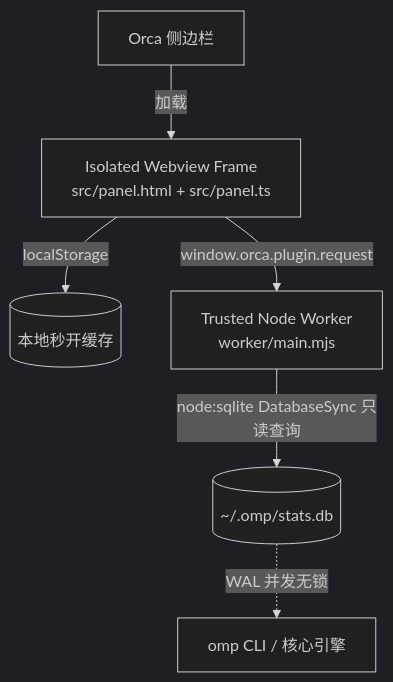
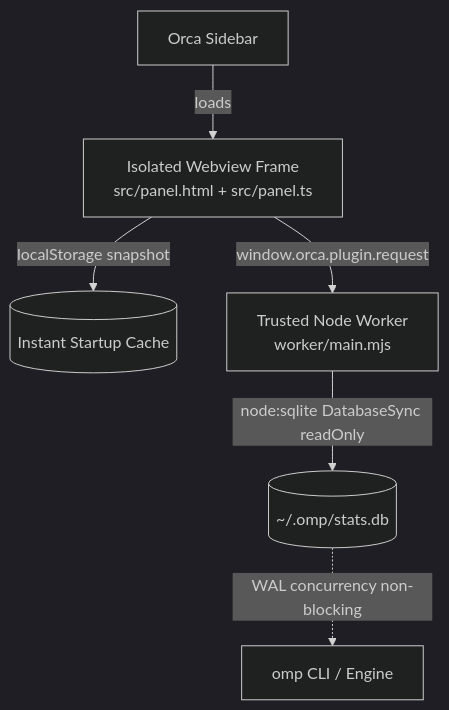
One commit to turingfx/omp-stats changed the diagram in README.md. Above: the diagram before and after it, drawn with Mermaid (dark theme). The commit also changed other lines of this file, not shown here.

````diff
--- a/README.md
+++ b/README.md
@@ -82,8 +91,8 @@
 ```mermaid
 flowchart TD
-    A[Orca 侧边栏] -->|加载| B[Isolated Webview Frame\nsrc/panel.html + src/panel.ts]
-    B -->|localStorage| C[(本地秒开缓存)]
+    A[Orca Sidebar] -->|loads| B[Isolated Webview Frame\nsrc/panel.html + src/panel.ts]
+    B -->|localStorage snapshot| C[(Instant Startup Cache)]
     B -->|window.orca.plugin.request| D[Trusted Node Worker\nworker/main.mjs]
-    D -->|node:sqlite DatabaseSync 只读查询| E[(~/.omp/stats.db)]
-    E -.WAL 并发无锁.-> F[omp CLI / 核心引擎]
+    D -->|node:sqlite DatabaseSync readOnly| E[(~/.omp/stats.db)]
+    E -.WAL concurrency non-blocking.-> F[omp CLI / Engine]
 ```
````
